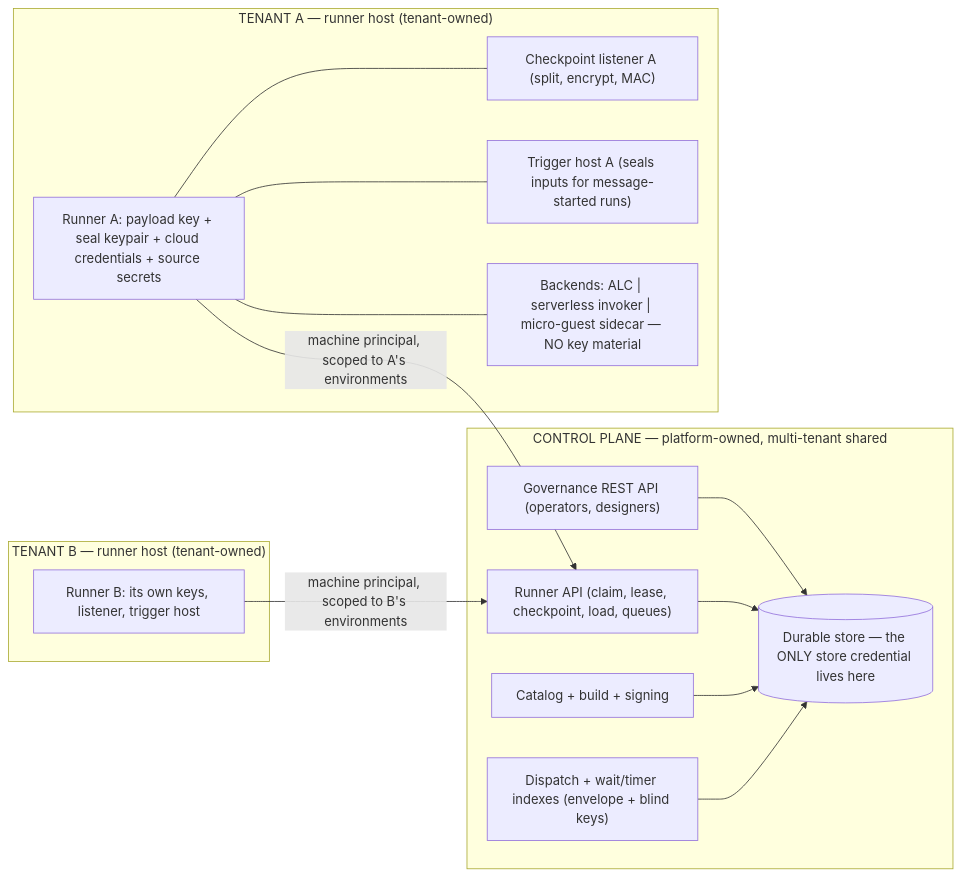
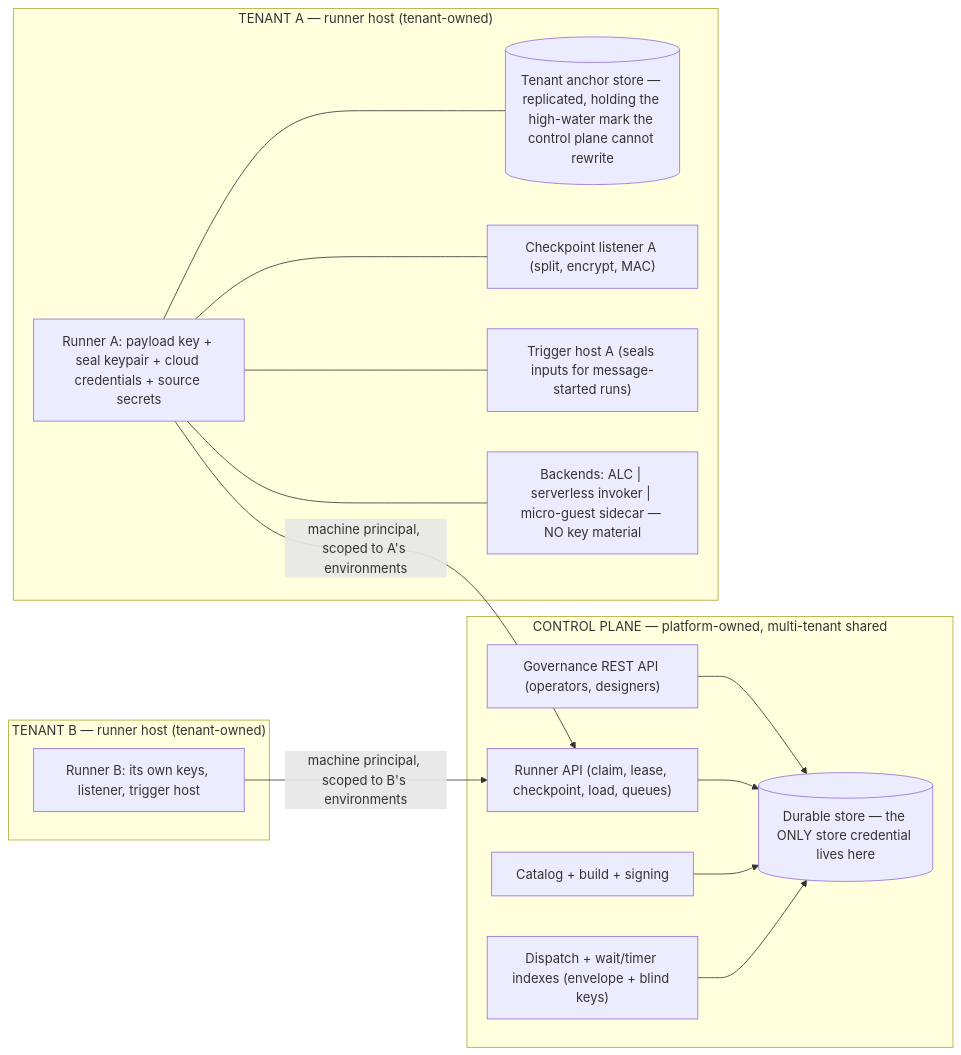
Before and after one commit to corvus-dotnet/Corvus.JsonSchema: the first of 3 diagrams in docs/arazzo/adr/0065-control-plane-owns-store-runners-encrypt-payload.md, drawn with Mermaid. The commit also changed other lines of this file, not shown here.

````diff
--- a/docs/arazzo/adr/0065-control-plane-owns-store-runners-encrypt-payload.md
+++ b/docs/arazzo/adr/0065-control-plane-owns-store-runners-encrypt-payload.md
@@ -275,28 +315,30 @@
 ```mermaid
 flowchart LR
   subgraph CP["CONTROL PLANE — platform-owned, multi-tenant shared"]
     GAPI["Governance REST API (operators, designers)"]
     RAPI["Runner API (claim, lease, checkpoint, load, queues)"]
     ST[("Durable store — the ONLY store credential lives here")]
     CAT["Catalog + build + signing"]
     DISP["Dispatch + wait/timer indexes (envelope + blind keys)"]
     GAPI --> ST
     RAPI --> ST
     CAT --> ST
     DISP --> ST
   end
   subgraph TA["TENANT A — runner host (tenant-owned)"]
     RA["Runner A: payload key + seal keypair + cloud credentials + source secrets"]
+    AN[("Tenant anchor store — replicated, holding the high-water mark the control plane cannot rewrite")]
+    RA --- AN
     LA["Checkpoint listener A (split, encrypt, MAC)"]
     TH["Trigger host A (seals inputs for message-started runs)"]
     BA["Backends: ALC | serverless invoker | micro-guest sidecar — NO key material"]
     RA --- LA
     RA --- TH
     RA --- BA
   end
   subgraph TB["TENANT B — runner host (tenant-owned)"]
     RB["Runner B: its own keys, listener, trigger host"]
   end
   RA -- "machine principal, scoped to A's environments" --> RAPI
   RB -- "machine principal, scoped to B's environments" --> RAPI
 ```
````
